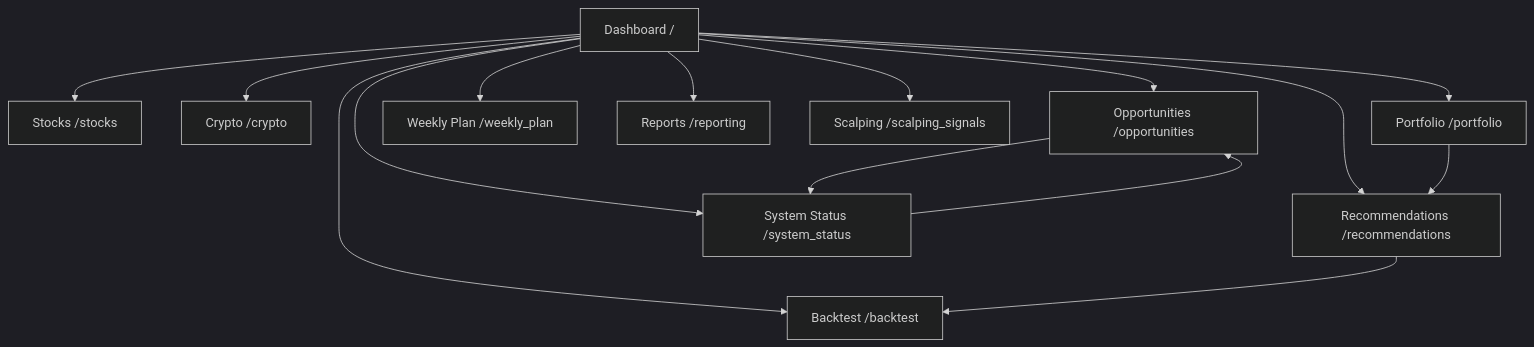
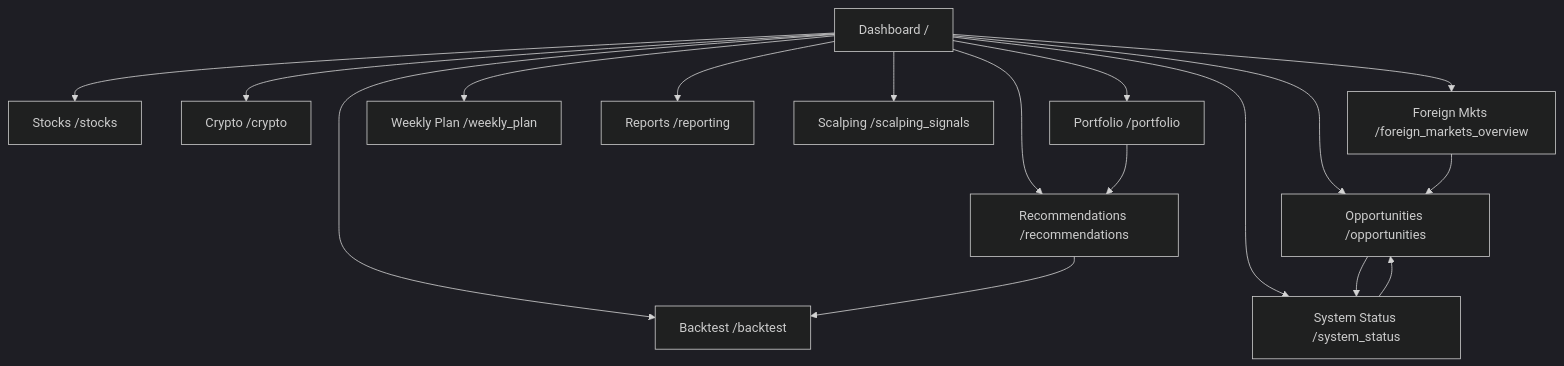
The diagram in docs/web_page_summary.md (brickj/trading-ai), drawn with Mermaid (dark theme) before and after one commit. The commit also changed other lines of this file, not shown here.

````diff
--- a/docs/web_page_summary.md
+++ b/docs/web_page_summary.md
@@ -26,17 +26,19 @@
 ```mermaid
 graph TD
     A[Dashboard /] --> B[Stocks /stocks]
     A --> C[Crypto /crypto]
     A --> D[Portfolio /portfolio]
     A --> E[Opportunities /opportunities]
     A --> F[Weekly Plan /weekly_plan]
     A --> G[Reports /reporting]
     A --> H[Recommendations /recommendations]
     A --> I[Backtest /backtest]
     A --> J[Scalping /scalping_signals]
     A --> K[System Status /system_status]
+    A --> L[Foreign Mkts /foreign_markets_overview]
+    L --> E
     E --> K
     D --> H
     H --> I
     K --> E
 ```
````
